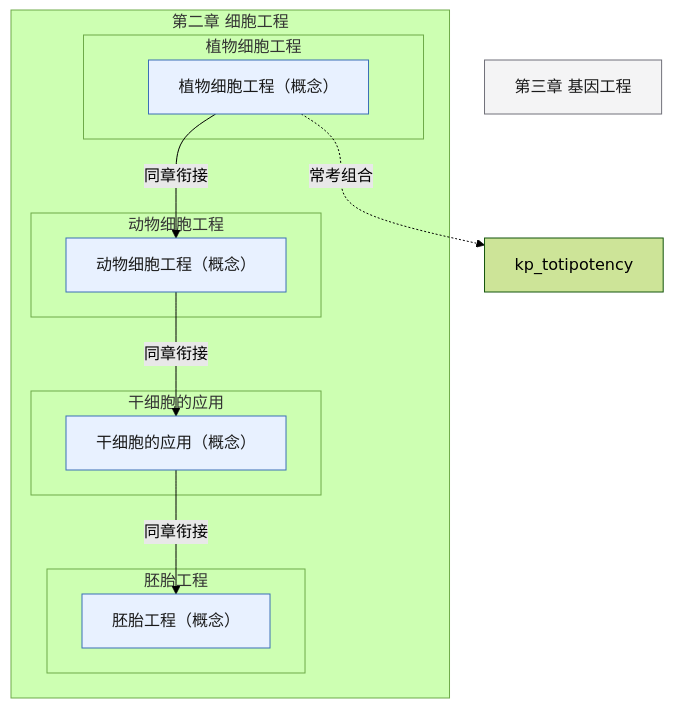
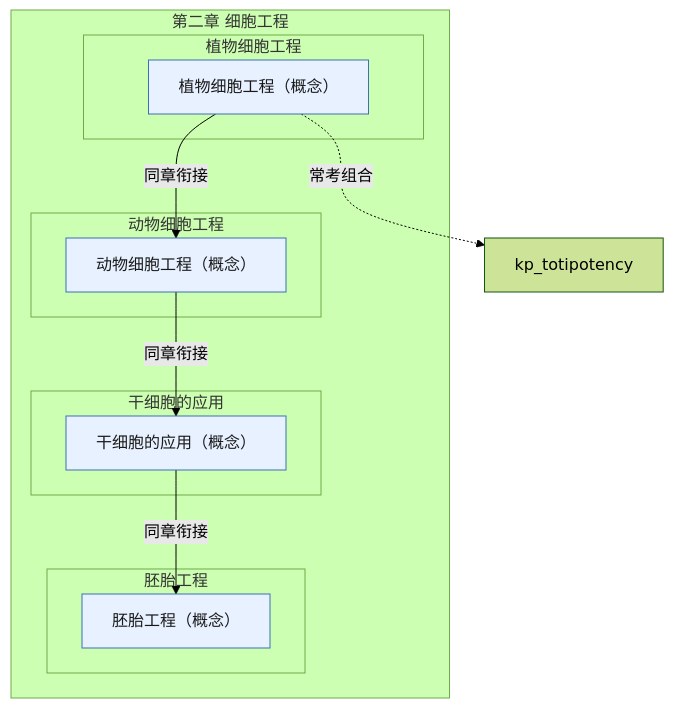
The diagram in skills/high-school-ai-tutor/references/pep-bio-xbx3-ch2.md (lihenair/high-school-ai-tutor-skill), drawn with Mermaid (forest theme) before and after one commit. The commit also changed 26 other files, not shown here.

First line of the commit message:
feat(bio): 跨教材知识联系图谱——占位符清退 + 53 条组合边 + 联系图谱文档

````diff
--- a/skills/high-school-ai-tutor/references/pep-bio-xbx3-ch2.md
+++ b/skills/high-school-ai-tutor/references/pep-bio-xbx3-ch2.md
@@ -5,26 +5,25 @@
 ```mermaid
 flowchart TD
   classDef concept fill:#E8F1FF,stroke:#3B6FB6,color:#1A1A1A
   classDef skill fill:#E7F6EE,stroke:#2E7D4F,color:#1A1A1A
   classDef experiment fill:#FFF4E5,stroke:#C47B17,color:#1A1A1A
   classDef later fill:#F4F4F5,stroke:#71717A,color:#1A1A1A
   subgraph ch["第二章 细胞工程"]
     subgraph s1["植物细胞工程"]
       kp_plant_cell_engineering["植物细胞工程（概念）"]:::concept
     end
     subgraph s2["动物细胞工程"]
       kp_animal_cell_engineering["动物细胞工程（概念）"]:::concept
     end
     subgraph s3["干细胞的应用"]
       kp_stem_cell_application["干细胞的应用（概念）"]:::concept
     end
     subgraph s4["胚胎工程"]
       kp_embryo_engineering["胚胎工程（概念）"]:::concept
     end
   end
-  xbx3_ch3["第三章 基因工程"]:::later
   kp_plant_cell_engineering -->|同章衔接| kp_animal_cell_engineering
   kp_animal_cell_engineering -->|同章衔接| kp_stem_cell_application
   kp_stem_cell_application -->|同章衔接| kp_embryo_engineering
   kp_plant_cell_engineering -.->|常考组合| kp_totipotency
 ```
````
